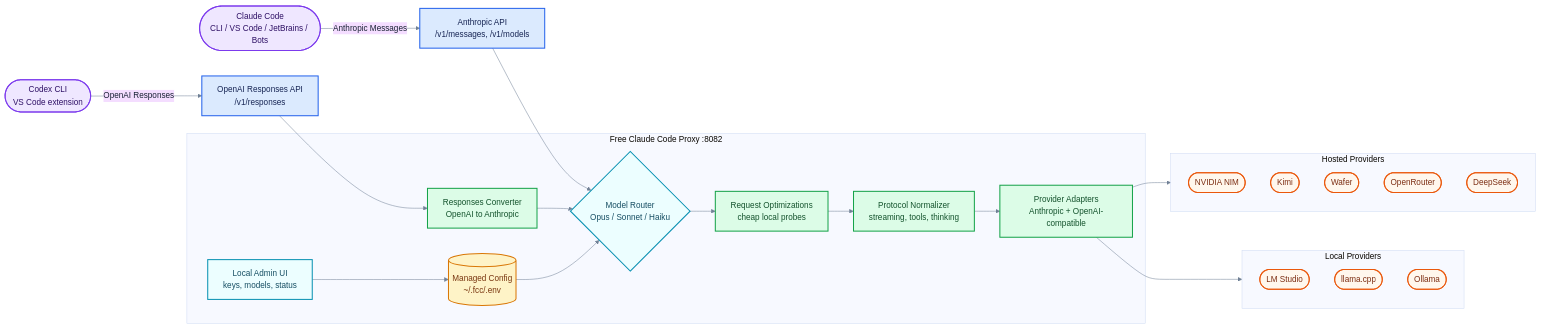
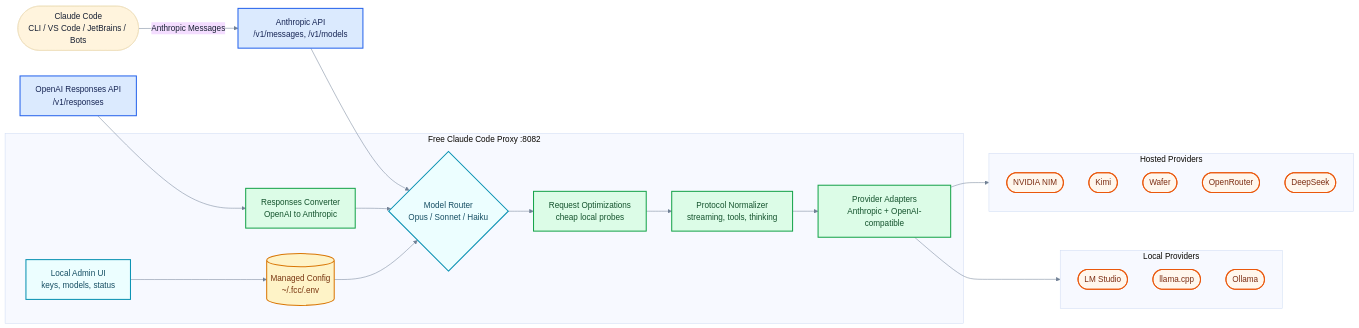
The diagram in assets/how-it-works.mmd (KingJboy1/test-freeclaudecode), drawn with Mermaid before and after one commit. The commit also changed 62 other files, not shown here.

Commit message:
Full code audit fixes: add admin.css, claude.py launcher, remove Codex/Pi/OpenCode, fix installers, update docs

```diff
--- a/assets/how-it-works.mmd
+++ b/assets/how-it-works.mmd
@@ -1,57 +1,54 @@
 %%{init: {"theme": "base", "themeVariables": {"fontFamily": "Inter, ui-sans-serif, system-ui, Segoe UI, Arial", "background": "transparent", "primaryTextColor": "#172033", "lineColor": "#718096"}}}%%
 flowchart LR
     claudeClient(["Claude Code<br/>CLI / VS Code / JetBrains / Bots"])
-    codexClient(["Codex CLI<br/>VS Code extension"])
     messagesApi["Anthropic API<br/>/v1/messages, /v1/models"]
     responsesApi["OpenAI Responses API<br/>/v1/responses"]
 
     subgraph proxy["Free Claude Code Proxy :8082"]
         admin["Local Admin UI<br/>keys, models, status"]
         config[("Managed Config<br/>~/.fcc/.env")]
         convert["Responses Converter<br/>OpenAI to Anthropic"]
         router{"Model Router<br/>Opus / Sonnet / Haiku"}
         optimize["Request Optimizations<br/>cheap local probes"]
         normalize["Protocol Normalizer<br/>streaming, tools, thinking"]
         adapters["Provider Adapters<br/>Anthropic + OpenAI-compatible"]
     end
 
     subgraph hosted["Hosted Providers"]
         nim(["NVIDIA NIM"])
         kimi(["Kimi"])
         wafer(["Wafer"])
         openrouter(["OpenRouter"])
         deepseek(["DeepSeek"])
     end
 
     subgraph local["Local Providers"]
         lmstudio(["LM Studio"])
         llamacpp(["llama.cpp"])
         ollama(["Ollama"])
     end
 
     claudeClient -->|"Anthropic Messages"| messagesApi
-    codexClient -->|"OpenAI Responses"| responsesApi
     messagesApi --> router
     responsesApi --> convert
     convert --> router
     admin --> config
     config --> router
     router --> optimize
     optimize --> normalize
     normalize --> adapters
     adapters --> hosted
     adapters --> local
 
     classDef client fill:#efe7ff,stroke:#7c3aed,stroke-width:2px,color:#2e1065;
     classDef api fill:#dbeafe,stroke:#2563eb,stroke-width:2px,color:#172554;
     classDef proxy fill:#ecfeff,stroke:#0891b2,stroke-width:2px,color:#164e63;
     classDef config fill:#fef3c7,stroke:#d97706,stroke-width:2px,color:#78350f;
     classDef transform fill:#dcfce7,stroke:#16a34a,stroke-width:2px,color:#14532d;
     classDef provider fill:#fff7ed,stroke:#ea580c,stroke-width:2px,color:#7c2d12;
 
-    class claudeClient,codexClient client;
     class messagesApi,responsesApi api;
     class admin,router proxy;
     class config config;
     class convert,optimize,normalize,adapters transform;
     class nim,kimi,wafer,openrouter,deepseek,lmstudio,llamacpp,ollama provider;
```
